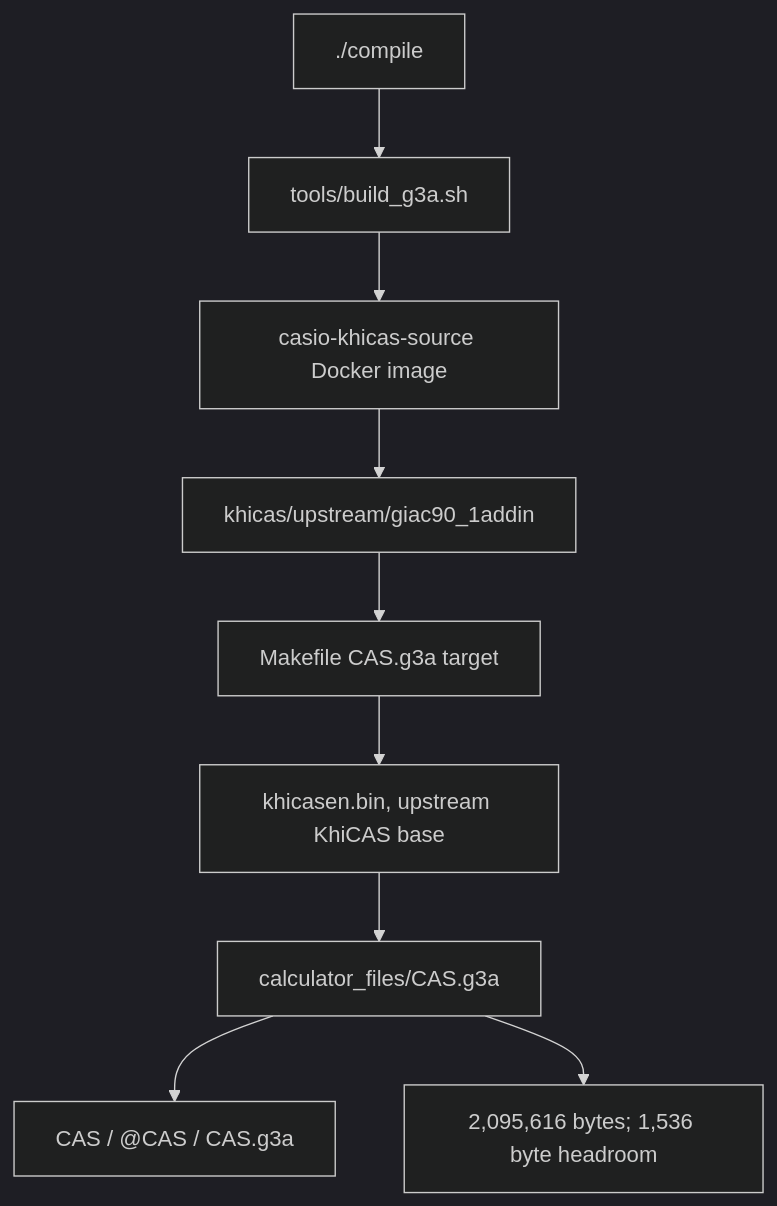
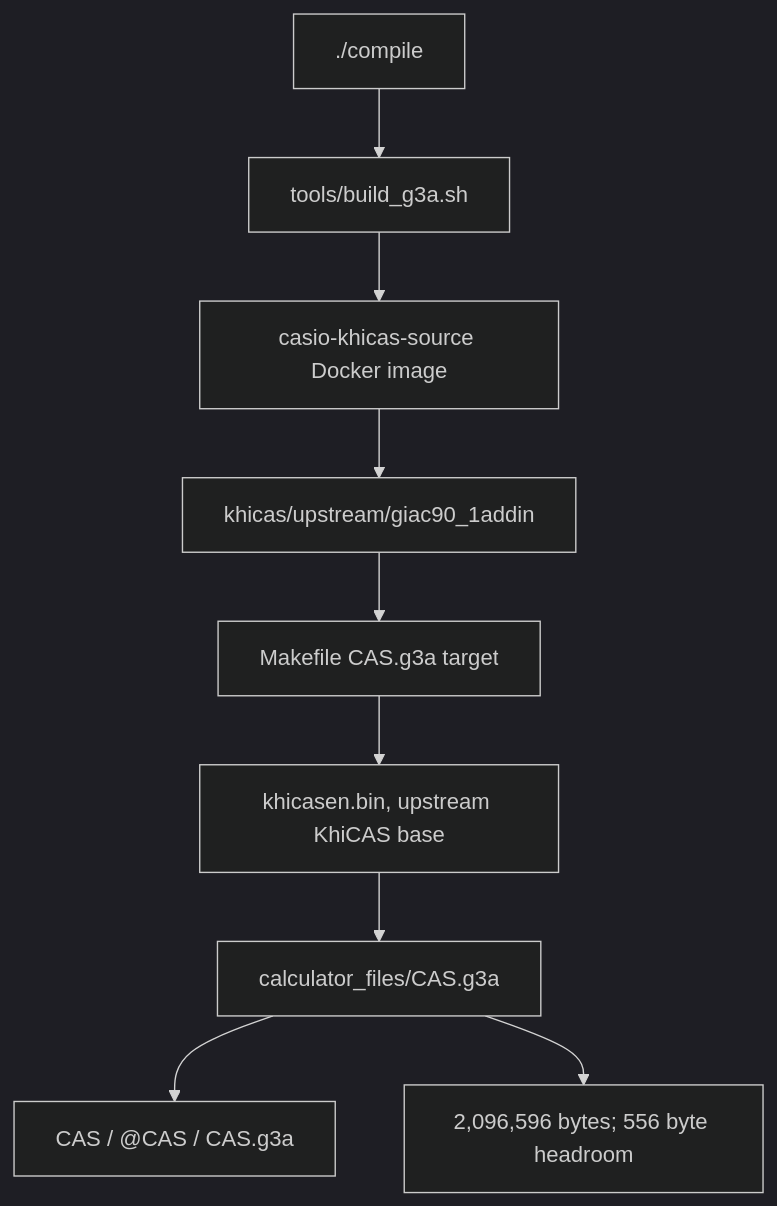
The first of 5 diagrams in docs/GRAPH.md (james8464/notes-addin-casio-fx-cg50), drawn with Mermaid (dark theme) before and after one commit. The commit also changed other lines of this file and 4 other files, not shown here.

````diff
--- a/docs/GRAPH.md
+++ b/docs/GRAPH.md
@@ -7,11 +7,11 @@
 ```mermaid
 graph TD
   Compile["./compile"] --> Build["tools/build_g3a.sh"]
   Build --> Docker["casio-khicas-source Docker image"]
   Docker --> Src["khicas/upstream/giac90_1addin"]
   Src --> Make["Makefile CAS.g3a target"]
   Make --> Bin["khicasen.bin, upstream KhiCAS base"]
   Bin --> G3A["calculator_files/CAS.g3a"]
   G3A --> Meta["CAS / @CAS / CAS.g3a"]
-  G3A --> Size["2,095,616 bytes; 1,536 byte headroom"]
+  G3A --> Size["2,096,596 bytes; 556 byte headroom"]
 ```
````
